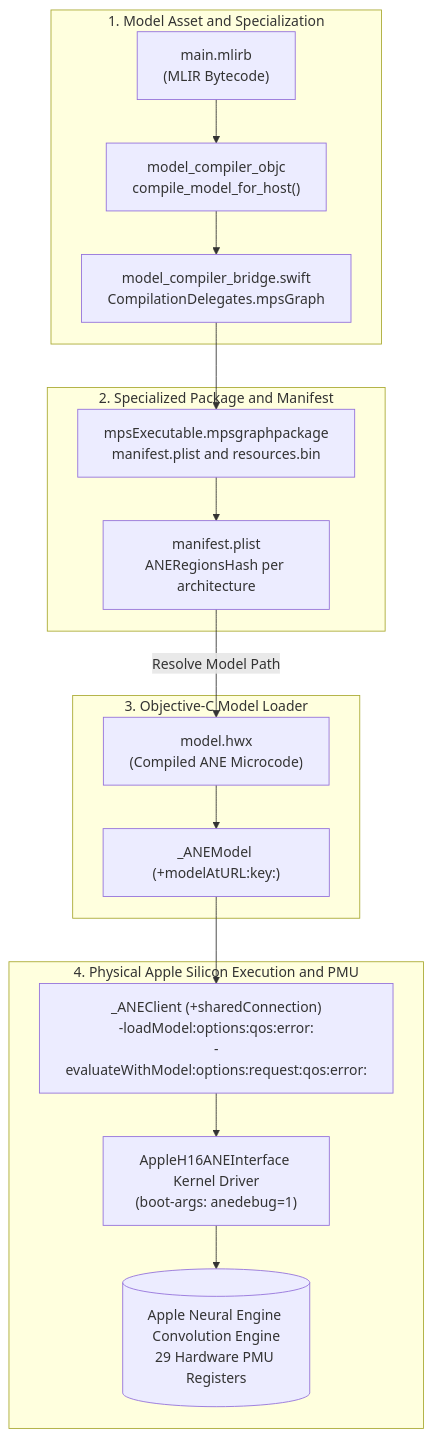
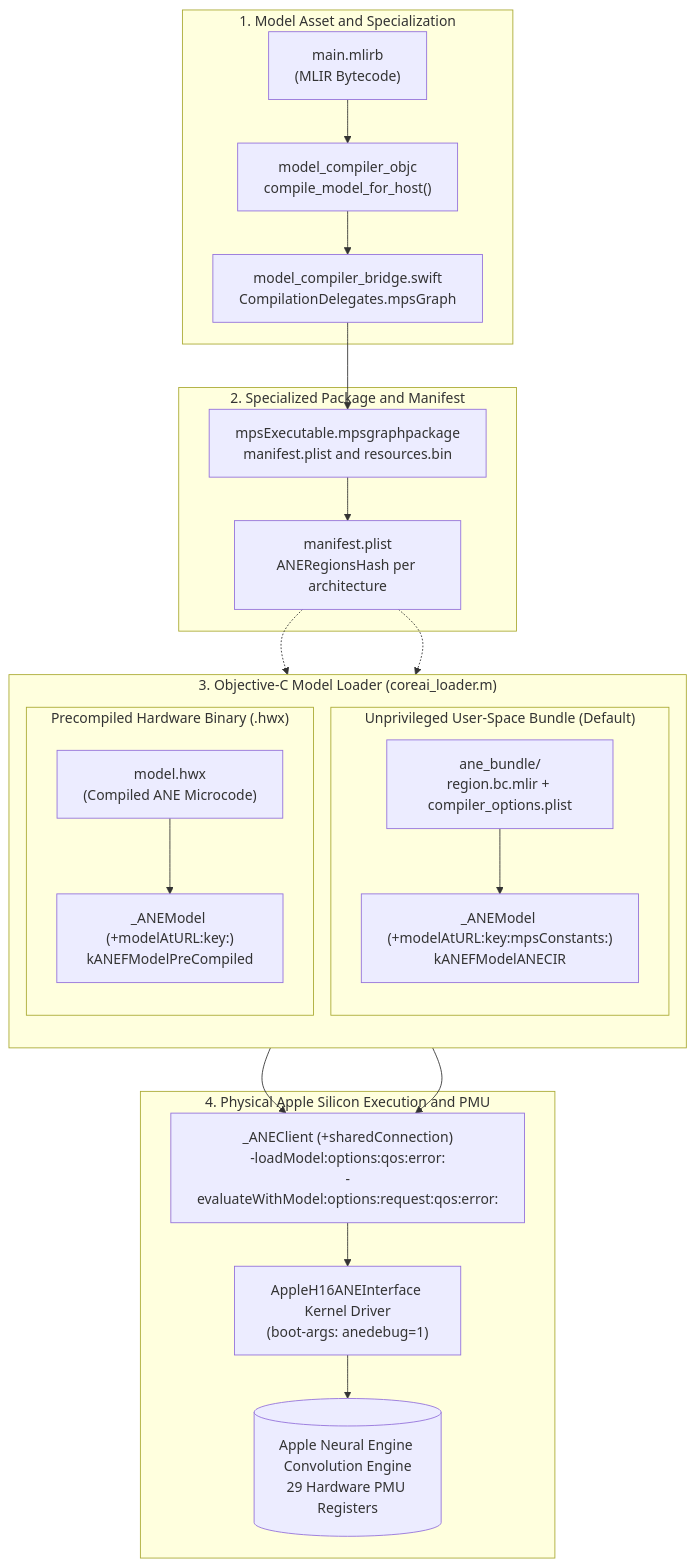
The diagram in README.md (freedomtan/ane_pmu_profiler), drawn with Mermaid before and after one commit. The commit also changed other lines of this file and 4 other files, not shown here.

Commit message:
Support direct unprivileged user-space ANE bundle loading and update docs

````diff
--- a/README.md
+++ b/README.md
@@ -25,33 +25,43 @@
 ```mermaid
 flowchart TD
     subgraph Frontend ["1. Model Asset and Specialization"]
         MLIRB["main.mlirb<br>(MLIR Bytecode)"]
         Compiler["model_compiler_objc<br>compile_model_for_host()"]
         Bridge["model_compiler_bridge.swift<br>CompilationDelegates.mpsGraph"]
         MLIRB --> Compiler
         Compiler --> Bridge
     end
 
     subgraph Package ["2. Specialized Package and Manifest"]
         PKG["mpsExecutable.mpsgraphpackage<br>manifest.plist and resources.bin"]
         Bridge --> PKG
         Manifest["manifest.plist<br>ANERegionsHash per architecture"]
         PKG --> Manifest
     end
 
-    subgraph Loader ["3. Objective-C Model Loader"]
-        HWX["model.hwx<br>(Compiled ANE Microcode)"]
-        Manifest -->|Resolve Model Path| HWX
-        ANEModel["_ANEModel (+modelAtURL:key:)"]
-        HWX --> ANEModel
+    subgraph Loader ["3. Objective-C Model Loader (coreai_loader.m)"]
+        direction TB
+        subgraph ModeA ["Unprivileged User-Space Bundle (Default)"]
+            Bundle["ane_bundle/<br>region.bc.mlir + compiler_options.plist"]
+            ANEModelA["_ANEModel (+modelAtURL:key:mpsConstants:)<br>kANEFModelANECIR"]
+            Bundle --> ANEModelA
+        end
+        subgraph ModeB ["Precompiled Hardware Binary (.hwx)"]
+            HWX["model.hwx<br>(Compiled ANE Microcode)"]
+            ANEModelB["_ANEModel (+modelAtURL:key:)<br>kANEFModelPreCompiled"]
+            HWX --> ANEModelB
+        end
+        Manifest -.-> ModeA
+        Manifest -.-> ModeB
     end
 
     subgraph Silicon ["4. Physical Apple Silicon Execution and PMU"]
         Client["_ANEClient (+sharedConnection)<br>-loadModel:options:qos:error:<br>-evaluateWithModel:options:request:qos:error:"]
-        ANEModel --> Client
+        ANEModelA --> Client
+        ANEModelB --> Client
         Kernel["AppleH16ANEInterface Kernel Driver<br>(boot-args: anedebug=1)"]
         Client --> Kernel
         PMU[("Apple Neural Engine Convolution Engine<br>29 Hardware PMU Registers")]
         Kernel --> PMU
     end
 ```
````
